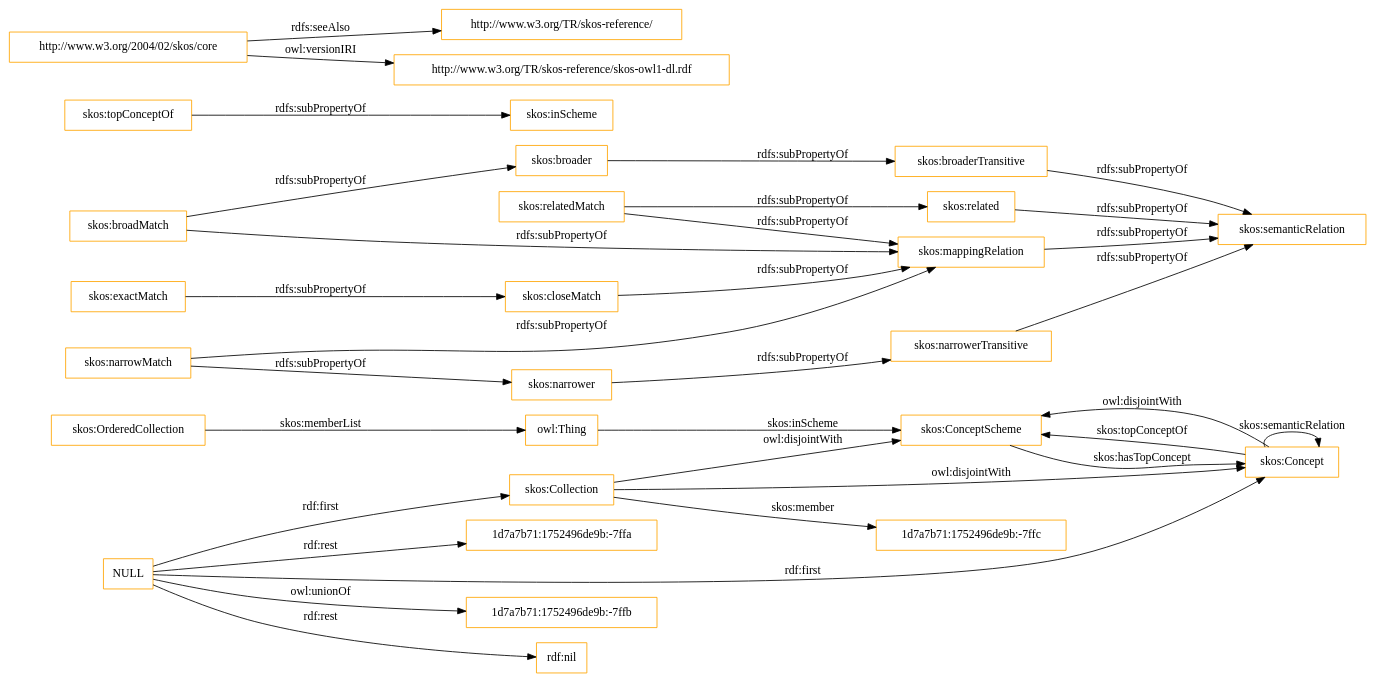
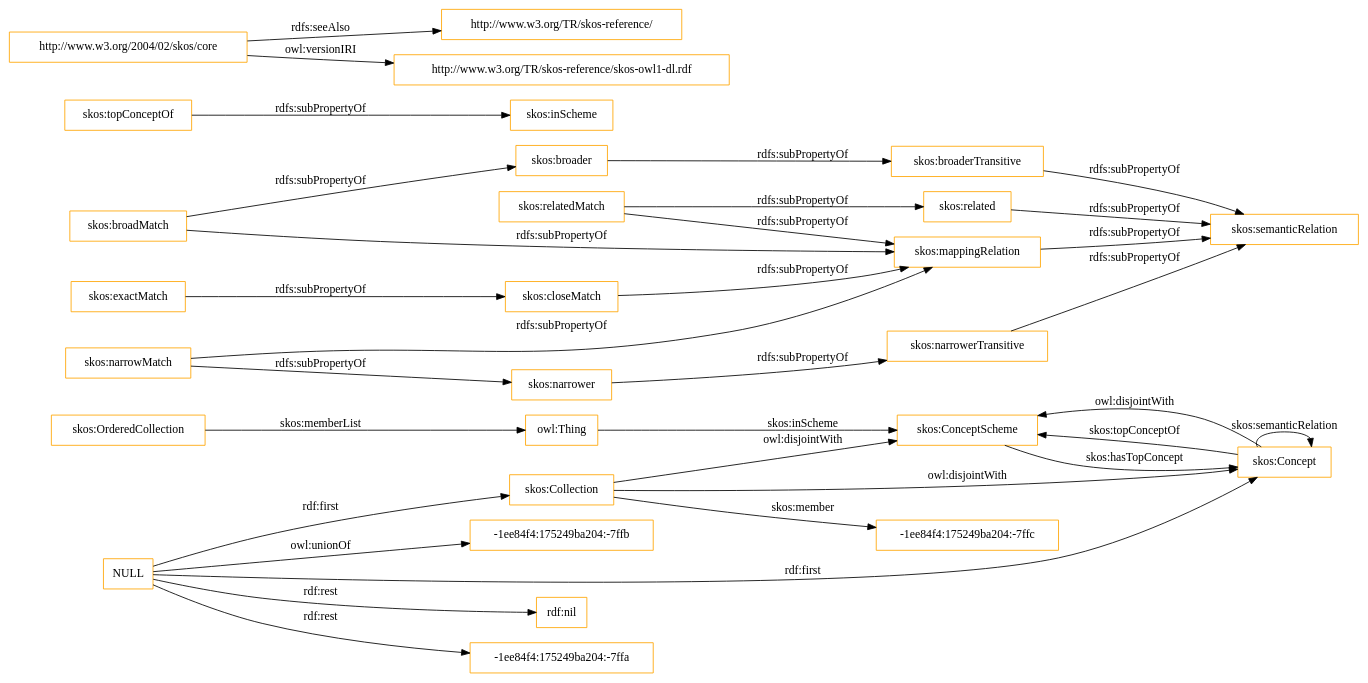
The diagram in OnToology/imports/skos.owl/diagrams/ar2dtool-class/skos.owl.png.dot (OnToologyUser/core-ontology-1), drawn with Graphviz before and after one commit. The commit also changed 14 other files, not shown here.

```diff
--- a/OnToology/imports/skos.owl/diagrams/ar2dtool-class/skos.owl.png.dot
+++ b/OnToology/imports/skos.owl/diagrams/ar2dtool-class/skos.owl.png.dot
@@ -1,37 +1,37 @@
 digraph ar2dtool_diagram { 
 rankdir=LR;
 size="1501"
-node [shape = rectangle, color="orange"]; "skos:OrderedCollection" "skos:ConceptScheme" "skos:Concept" "skos:Collection" "1d7a7b71:1752496de9b:-7ffc" ; /*classes style*/
+node [shape = rectangle, color="orange"]; "skos:OrderedCollection" "skos:ConceptScheme" "skos:Concept" "skos:Collection" "-1ee84f4:175249ba204:-7ffc" ; /*classes style*/
 	"skos:narrowerTransitive" -> "skos:semanticRelation" [ label = "rdfs:subPropertyOf" ];
-	"NULL" -> "1d7a7b71:1752496de9b:-7ffb" [ label = "owl:unionOf" ];
 	"NULL" -> "rdf:nil" [ label = "rdf:rest" ];
 	"NULL" -> "skos:Concept" [ label = "rdf:first" ];
-	"NULL" -> "1d7a7b71:1752496de9b:-7ffa" [ label = "rdf:rest" ];
+	"NULL" -> "-1ee84f4:175249ba204:-7ffa" [ label = "rdf:rest" ];
 	"NULL" -> "skos:Collection" [ label = "rdf:first" ];
+	"NULL" -> "-1ee84f4:175249ba204:-7ffb" [ label = "owl:unionOf" ];
 	"skos:closeMatch" -> "skos:mappingRelation" [ label = "rdfs:subPropertyOf" ];
 	"skos:Concept" -> "skos:ConceptScheme" [ label = "owl:disjointWith" ];
 	"skos:relatedMatch" -> "skos:related" [ label = "rdfs:subPropertyOf" ];
 	"skos:relatedMatch" -> "skos:mappingRelation" [ label = "rdfs:subPropertyOf" ];
 	"skos:related" -> "skos:semanticRelation" [ label = "rdfs:subPropertyOf" ];
 	"skos:topConceptOf" -> "skos:inScheme" [ label = "rdfs:subPropertyOf" ];
 	"skos:broadMatch" -> "skos:mappingRelation" [ label = "rdfs:subPropertyOf" ];
 	"skos:broadMatch" -> "skos:broader" [ label = "rdfs:subPropertyOf" ];
 	"skos:exactMatch" -> "skos:closeMatch" [ label = "rdfs:subPropertyOf" ];
 	"skos:broaderTransitive" -> "skos:semanticRelation" [ label = "rdfs:subPropertyOf" ];
 	"skos:broader" -> "skos:broaderTransitive" [ label = "rdfs:subPropertyOf" ];
 	"skos:mappingRelation" -> "skos:semanticRelation" [ label = "rdfs:subPropertyOf" ];
 	"http://www.w3.org/2004/02/skos/core" -> "http://www.w3.org/TR/skos-reference/" [ label = "rdfs:seeAlso" ];
 	"http://www.w3.org/2004/02/skos/core" -> "http://www.w3.org/TR/skos-reference/skos-owl1-dl.rdf" [ label = "owl:versionIRI" ];
 	"skos:Collection" -> "skos:ConceptScheme" [ label = "owl:disjointWith" ];
 	"skos:Collection" -> "skos:Concept" [ label = "owl:disjointWith" ];
 	"skos:narrower" -> "skos:narrowerTransitive" [ label = "rdfs:subPropertyOf" ];
 	"skos:narrowMatch" -> "skos:narrower" [ label = "rdfs:subPropertyOf" ];
 	"skos:narrowMatch" -> "skos:mappingRelation" [ label = "rdfs:subPropertyOf" ];
 	"skos:OrderedCollection" -> "owl:Thing" [ label = "skos:memberList" ];
 	"skos:Concept" -> "skos:ConceptScheme" [ label = "skos:topConceptOf" ];
 	"skos:Concept" -> "skos:Concept" [ label = "skos:semanticRelation" ];
-	"skos:Collection" -> "1d7a7b71:1752496de9b:-7ffc" [ label = "skos:member" ];
+	"skos:Collection" -> "-1ee84f4:175249ba204:-7ffc" [ label = "skos:member" ];
 	"skos:ConceptScheme" -> "skos:Concept" [ label = "skos:hasTopConcept" ];
 	"owl:Thing" -> "skos:ConceptScheme" [ label = "skos:inScheme" ];
 
 }
```
